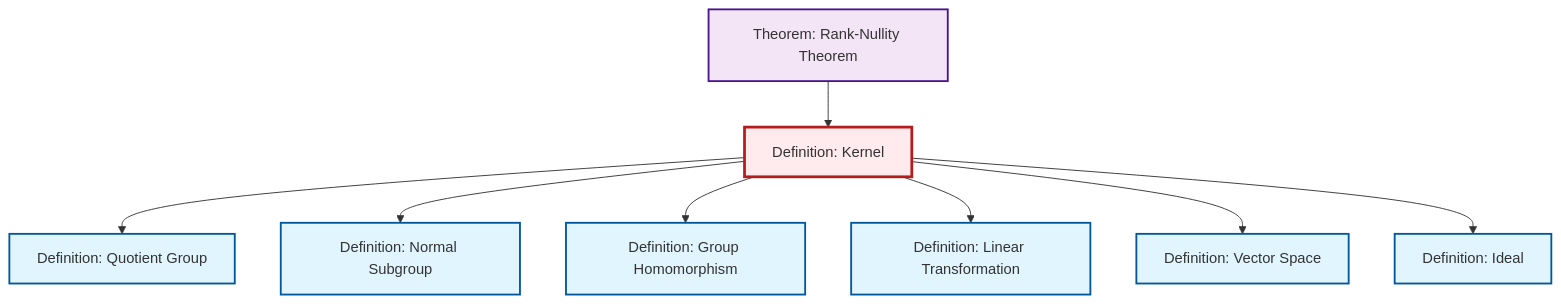
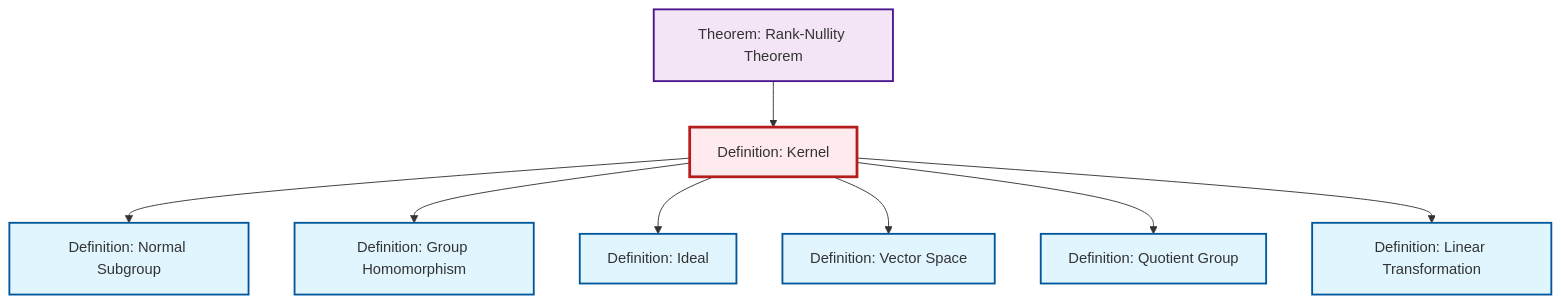
Before and after one commit to RK0429/ModernMath: the diagram in content/en/algebra/def-kernel.qmd, drawn with Mermaid. The commit also changed other lines of this file and 434 other files, not shown here.

````diff
--- a/content/en/algebra/def-kernel.qmd
+++ b/content/en/algebra/def-kernel.qmd
@@ -79,32 +79,32 @@
 ```{mermaid}
 %%| fig-cap: "Local dependency graph"
 graph TD
     classDef definition fill:#e1f5fe,stroke:#01579b,stroke-width:2px
     classDef theorem fill:#f3e5f5,stroke:#4a148c,stroke-width:2px
     classDef axiom fill:#fff3e0,stroke:#e65100,stroke-width:2px
     classDef example fill:#e8f5e9,stroke:#1b5e20,stroke-width:2px
     classDef current fill:#ffebee,stroke:#b71c1c,stroke-width:3px
+    def-linear-transformation["Definition: Linear Transformation"]:::definition
+    def-homomorphism["Definition: Group Homomorphism"]:::definition
     def-kernel["Definition: Kernel"]:::definition
+    def-normal-subgroup["Definition: Normal Subgroup"]:::definition
+    def-quotient-group["Definition: Quotient Group"]:::definition
+    thm-rank-nullity["Theorem: Rank-Nullity Theorem"]:::theorem
     def-vector-space["Definition: Vector Space"]:::definition
-    def-homomorphism["Definition: Group Homomorphism"]:::definition
-    def-normal-subgroup["Definition: Normal Subgroup"]:::definition
-    thm-rank-nullity["Theorem: Rank-Nullity Theorem"]:::theorem
-    def-quotient-group["Definition: Quotient Group"]:::definition
     def-ideal["Definition: Ideal"]:::definition
-    def-linear-transformation["Definition: Linear Transformation"]:::definition
-    def-kernel --> def-quotient-group
-    thm-rank-nullity --> def-kernel
     def-kernel --> def-normal-subgroup
     def-kernel --> def-homomorphism
+    def-kernel --> def-ideal
+    thm-rank-nullity --> def-kernel
+    def-kernel --> def-vector-space
+    def-kernel --> def-quotient-group
     def-kernel --> def-linear-transformation
-    def-kernel --> def-vector-space
-    def-kernel --> def-ideal
     class def-kernel current
-    click def-vector-space "def-vector-space.html" "Go to Vector Space definition"
+    click def-linear-transformation "def-linear-transformation.html" "Go to Linear Transformation definition"
     click def-homomorphism "def-homomorphism.html" "Go to Group Homomorphism definition"
     click def-normal-subgroup "def-normal-subgroup.html" "Go to Normal Subgroup definition"
+    click def-quotient-group "def-quotient-group.html" "Go to Quotient Group definition"
     click thm-rank-nullity "thm-rank-nullity.html" "Go to Rank-Nullity Theorem theorem"
-    click def-quotient-group "def-quotient-group.html" "Go to Quotient Group definition"
+    click def-vector-space "def-vector-space.html" "Go to Vector Space definition"
     click def-ideal "def-ideal.html" "Go to Ideal definition"
-    click def-linear-transformation "def-linear-transformation.html" "Go to Linear Transformation definition"
 ```
````
